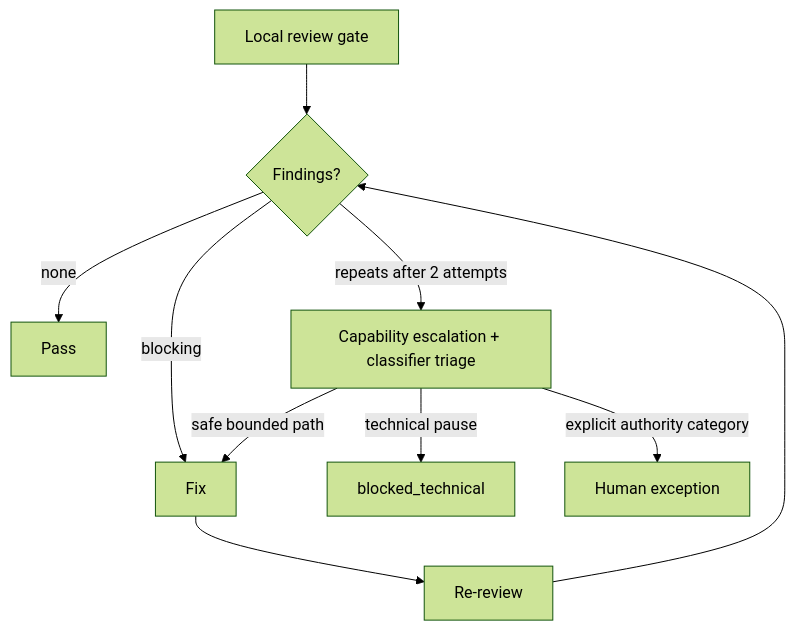
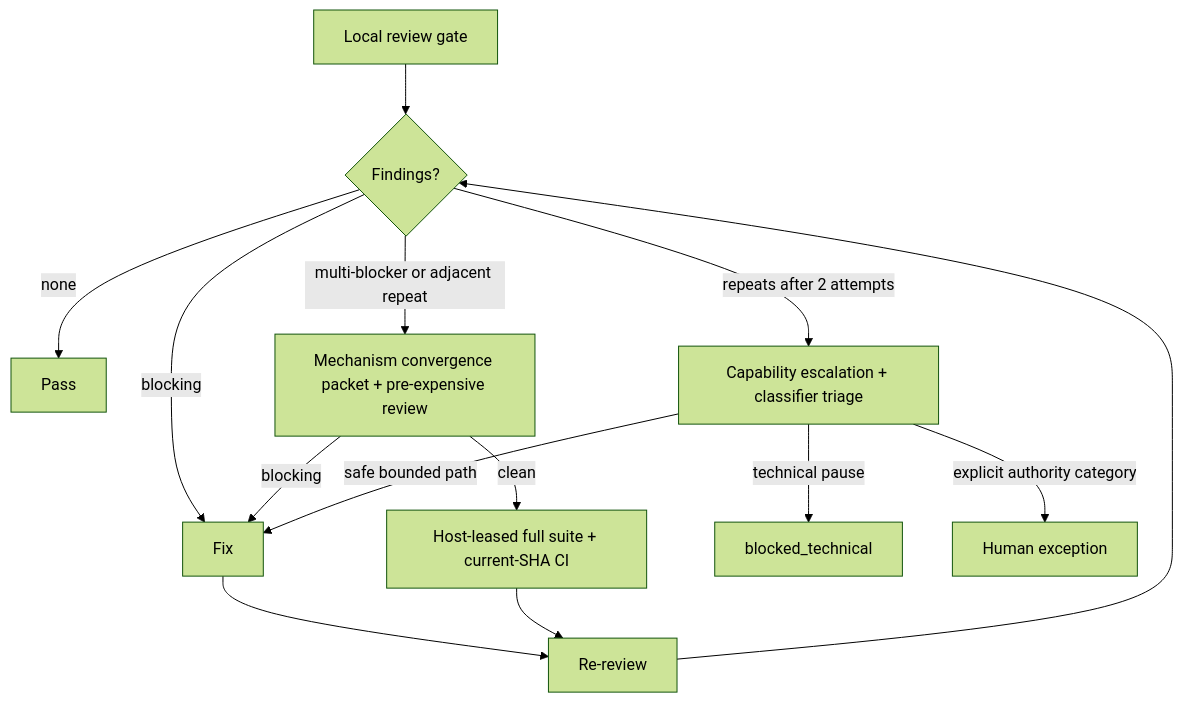
One commit to RasmusTho/agentic-pkm-mvp changed diagram 13 of 23 in docs/development/BUILDER_SYSTEM_PROCESS_MAP.md. Above: the diagram before and after it, drawn with Mermaid (forest theme). The commit also changed other lines of this file and 12 other files, not shown here.

First line of the commit message:
Add TCD convergence and host lease gates

````diff
--- a/docs/development/BUILDER_SYSTEM_PROCESS_MAP.md
+++ b/docs/development/BUILDER_SYSTEM_PROCESS_MAP.md
@@ -488,12 +489,16 @@
 ```mermaid
 flowchart TD
   Review["Local review gate"] --> Findings{"Findings?"}
   Findings -->|none| Pass["Pass"]
   Findings -->|blocking| Fix["Fix"]
   Fix --> ReReview["Re-review"]
   ReReview --> Findings
+  Findings -->|multi-blocker or adjacent repeat| Converge["Mechanism convergence packet + pre-expensive review"]
+  Converge -->|clean| Proof["Host-leased full suite + current-SHA CI"]
+  Proof --> ReReview
+  Converge -->|blocking| Fix
   Findings -->|repeats after 2 attempts| Triage["Capability escalation + classifier triage"]
   Triage -->|safe bounded path| Fix
   Triage -->|technical pause| Block["blocked_technical"]
   Triage -->|explicit authority category| Human["Human exception"]
 ```
````
